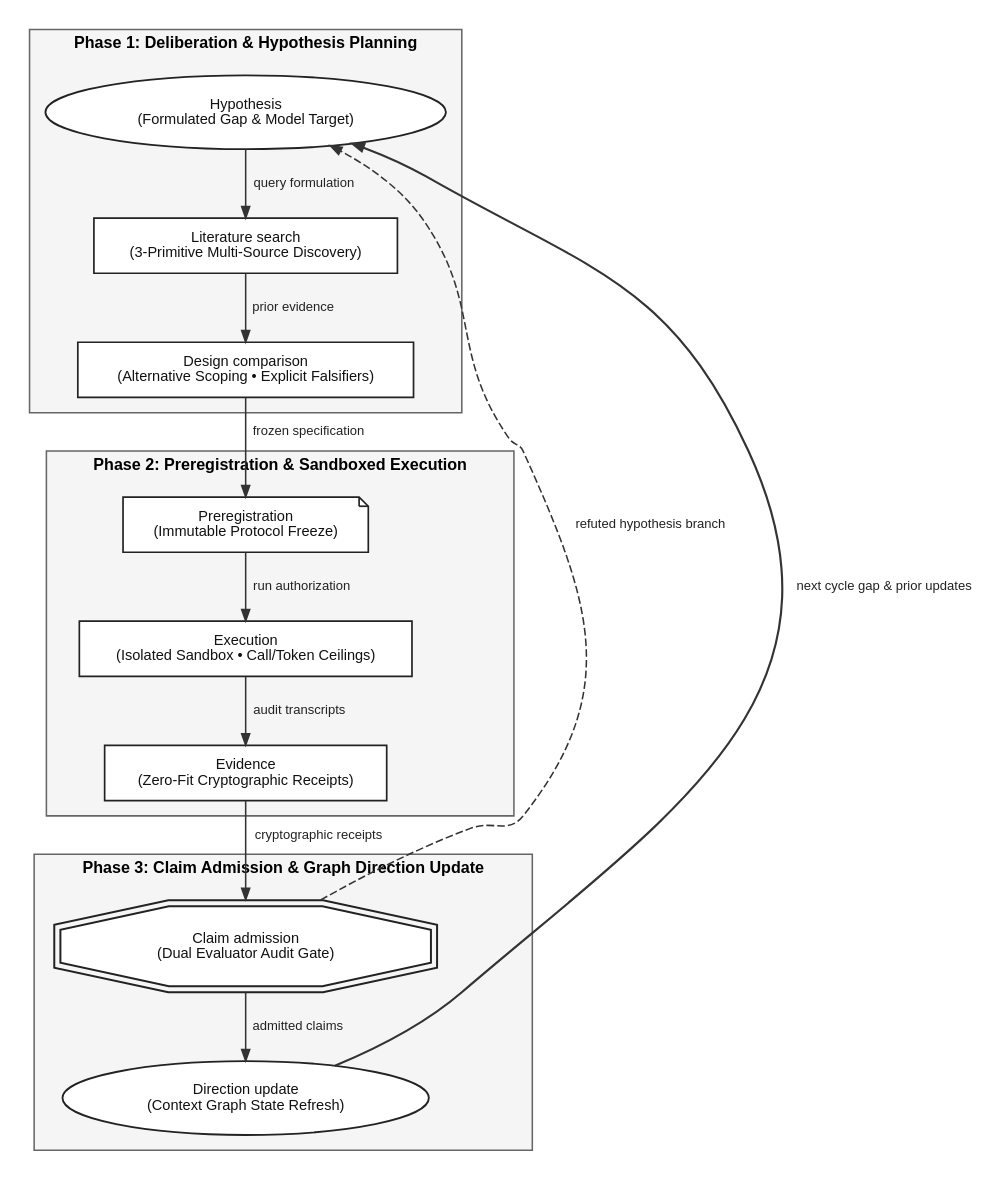
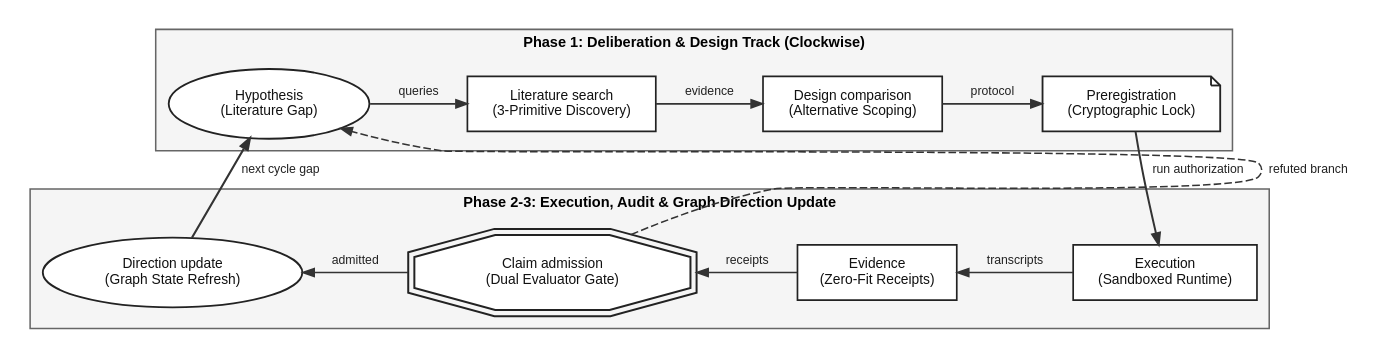
One commit to umyunsang/argo changed the diagram in paper/figures/rendered/fig-02.dot. Above: the diagram before and after it, drawn with Graphviz. The commit also changed 13 other files, not shown here.

Commit message:
fix(paper): fix table text overlap and resize figure 9 (evidence chain) to compact 2-row layout

```diff
--- a/paper/figures/rendered/fig-02.dot
+++ b/paper/figures/rendered/fig-02.dot
@@ -1,85 +1,78 @@
 digraph ResearchLoop {
   compound=true;
   rankdir=TB;
   bgcolor=white;
   nodesep=0.45;
-  ranksep=0.50;
+  ranksep=0.45;
 
   node [
     shape=box,
     style="filled,solid",
     fillcolor="#FFFFFF",
     color="#222222",
     fontcolor="#111111",
     fontname="Helvetica",
-    fontsize=9.5,
+    fontsize=9.0,
     penwidth=1.1,
-    margin="0.16,0.10"
+    margin="0.14,0.08"
   ];
 
   edge [
     color="#333333",
     fontcolor="#222222",
     fontname="Helvetica",
-    fontsize=8.5,
+    fontsize=8.0,
     arrowhead=normal,
     arrowsize=0.75,
     penwidth=1.0
   ];
 
-  subgraph cluster_plan {
-    label="Phase 1: Deliberation & Hypothesis Planning";
+  subgraph cluster_top {
+    label="Phase 1: Deliberation & Design Track (Clockwise)";
     fontname="Helvetica-Bold";
-    fontsize=10.5;
+    fontsize=9.5;
     color="#666666";
     fillcolor="#F5F5F5";
     style="filled,solid";
-    margin=10;
+    margin=8;
 
-    hypo [label="Hypothesis\n(Formulated Gap & Model Target)", shape=ellipse, penwidth=1.2];
-    lit_search [label="Literature search\n(3-Primitive Multi-Source Discovery)"];
-    design_comp [label="Design comparison\n(Alternative Scoping • Explicit Falsifiers)"];
+    hypo [label="Hypothesis\n(Literature Gap)", shape=ellipse, penwidth=1.2];
+    lit_search [label="Literature search\n(3-Primitive Discovery)"];
+    design_comp [label="Design comparison\n(Alternative Scoping)"];
+    prereg [label="Preregistration\n(Cryptographic Lock)", shape=note, penwidth=1.2];
 
-    hypo -> lit_search [label="query formulation"];
-    lit_search -> design_comp [label="prior evidence"];
+    { rank=same; hypo; lit_search; design_comp; prereg; }
+    hypo -> lit_search [label="queries"];
+    lit_search -> design_comp [label="evidence"];
+    design_comp -> prereg [label="protocol"];
   }
 
-  subgraph cluster_exec {
-    label="Phase 2: Preregistration & Sandboxed Execution";
+  subgraph cluster_bottom {
+    label="Phase 2-3: Execution, Audit & Graph Direction Update";
     fontname="Helvetica-Bold";
-    fontsize=10.5;
+    fontsize=9.5;
     color="#666666";
     fillcolor="#F5F5F5";
     style="filled,solid";
-    margin=10;
+    margin=8;
 
-    prereg [label="Preregistration\n(Immutable Protocol Freeze)", shape=note];
-    exec [label="Execution\n(Isolated Sandbox • Call/Token Ceilings)"];
-    evidence [label="Evidence\n(Zero-Fit Cryptographic Receipts)"];
+    dir_update [label="Direction update\n(Graph State Refresh)", shape=ellipse, penwidth=1.2];
+    claim_adm [label="Claim admission\n(Dual Evaluator Gate)", shape=doubleoctagon, penwidth=1.3];
+    evidence [label="Evidence\n(Zero-Fit Receipts)"];
+    exec [label="Execution\n(Sandboxed Runtime)"];
 
-    prereg -> exec [label="run authorization"];
-    exec -> evidence [label="audit transcripts"];
+    { rank=same; dir_update; claim_adm; evidence; exec; }
+    // Edges defined from left to right so node order is strictly left to right!
+    // Arrows point backwards (dir=back) so data flows from right to left!
+    dir_update -> claim_adm [label="admitted", dir=back];
+    claim_adm -> evidence [label="receipts", dir=back];
+    evidence -> exec [label="transcripts", dir=back];
   }
 
-  subgraph cluster_gate {
-    label="Phase 3: Claim Admission & Graph Direction Update";
-    fontname="Helvetica-Bold";
-    fontsize=10.5;
-    color="#666666";
-    fillcolor="#F5F5F5";
-    style="filled,solid";
-    margin=10;
+  // Right edge: Downwards from Preregistration to Execution
+  prereg -> exec [label="run authorization", style=bold, penwidth=1.3];
 
-    claim_adm [label="Claim admission\n(Dual Evaluator Audit Gate)", shape=doubleoctagon, penwidth=1.3];
-    dir_update [label="Direction update\n(Context Graph State Refresh)", shape=ellipse, penwidth=1.2];
-
-    claim_adm -> dir_update [label="admitted claims"];
-  }
-
-  design_comp -> prereg [label="frozen specification"];
-  evidence -> claim_adm [label="cryptographic receipts"];
-
-  // Cycle Closing Feedback Edges
-  dir_update -> hypo [label="next cycle gap & prior updates", constraint=false, style=bold, penwidth=1.4];
-  claim_adm -> hypo [label="refuted hypothesis branch", constraint=false, style=dashed];
+  // Left edge: Upwards from Direction update to Hypothesis (Closes the Loop!)
+  dir_update -> hypo [label="next cycle gap", style=bold, penwidth=1.4];
+  claim_adm -> hypo [label="refuted branch", style=dashed, constraint=false];
 }
```
